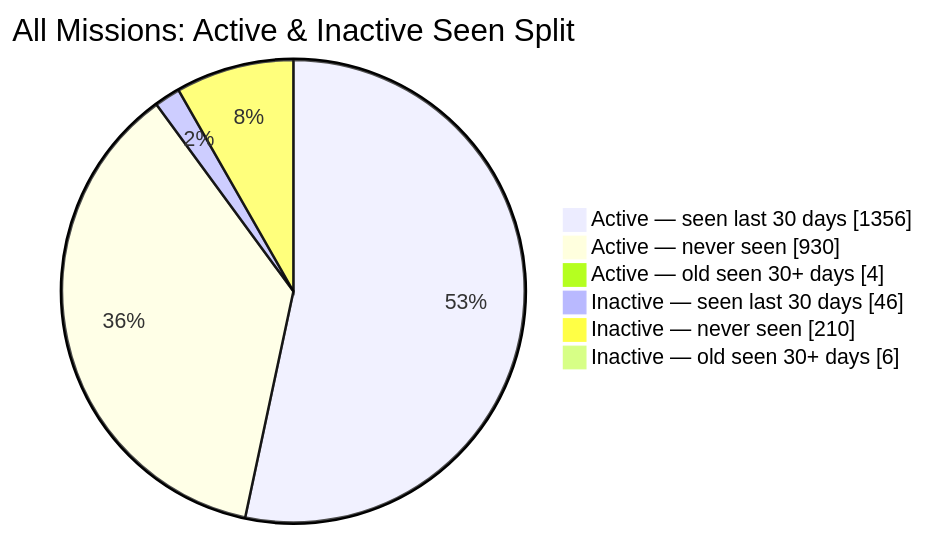
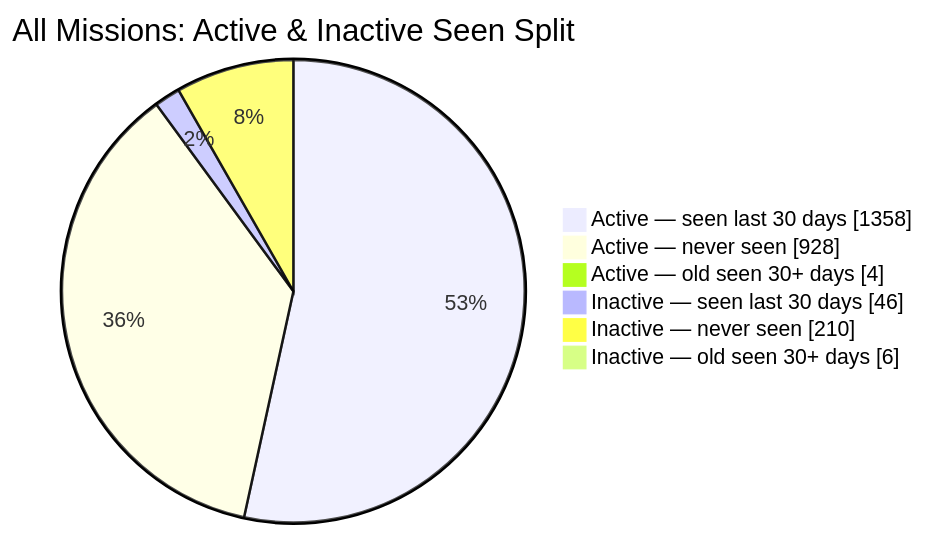
One commit to MeldkamerspelGameTeam/active-missions changed the second of 2 diagrams in README.md. Above: the diagram before and after it, drawn with Mermaid. The commit also changed other lines of this file and 2 other files, not shown here.

````diff
--- a/README.md
+++ b/README.md
@@ -44,10 +44,10 @@
 ```mermaid
 pie showData
     title All Missions: Active & Inactive Seen Split
-    "Active — seen last 30 days" : 1356
-    "Active — never seen" : 930
+    "Active — seen last 30 days" : 1358
+    "Active — never seen" : 928
     "Active — old seen 30+ days" : 4
     "Inactive — seen last 30 days" : 46
     "Inactive — never seen" : 210
     "Inactive — old seen 30+ days" : 6
 ```
````
